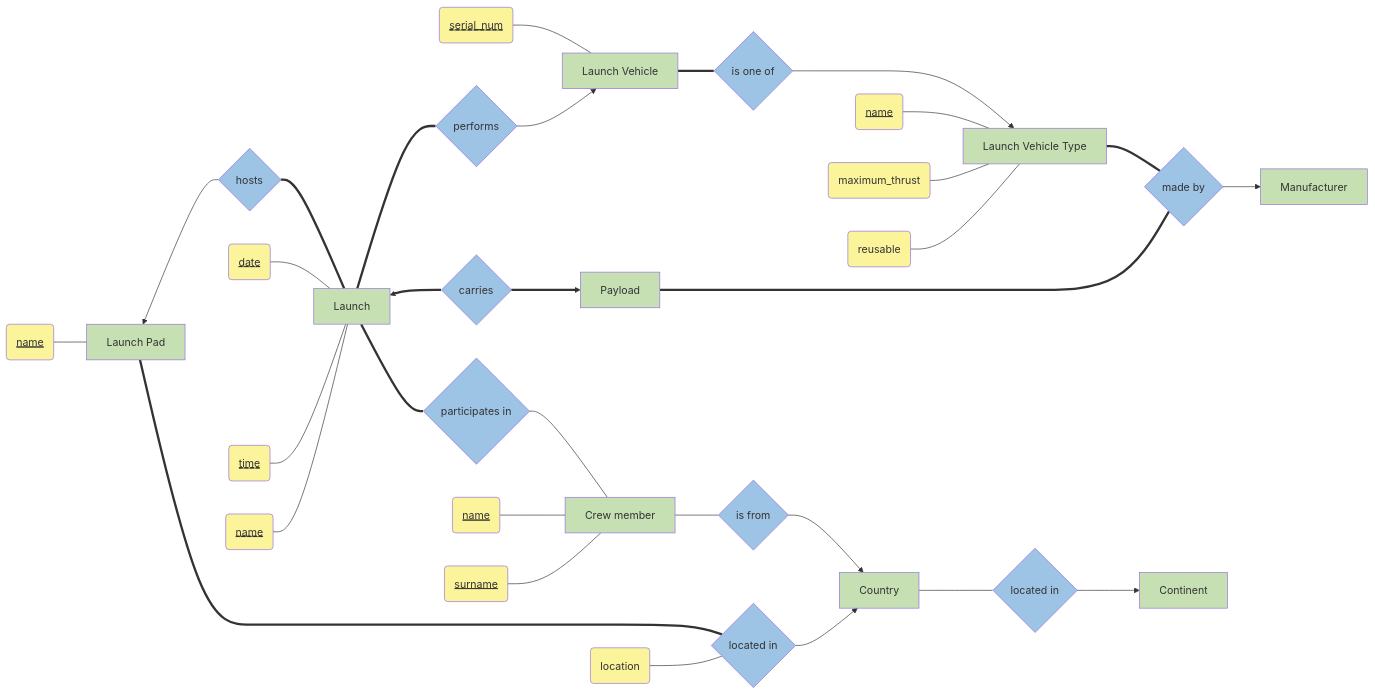
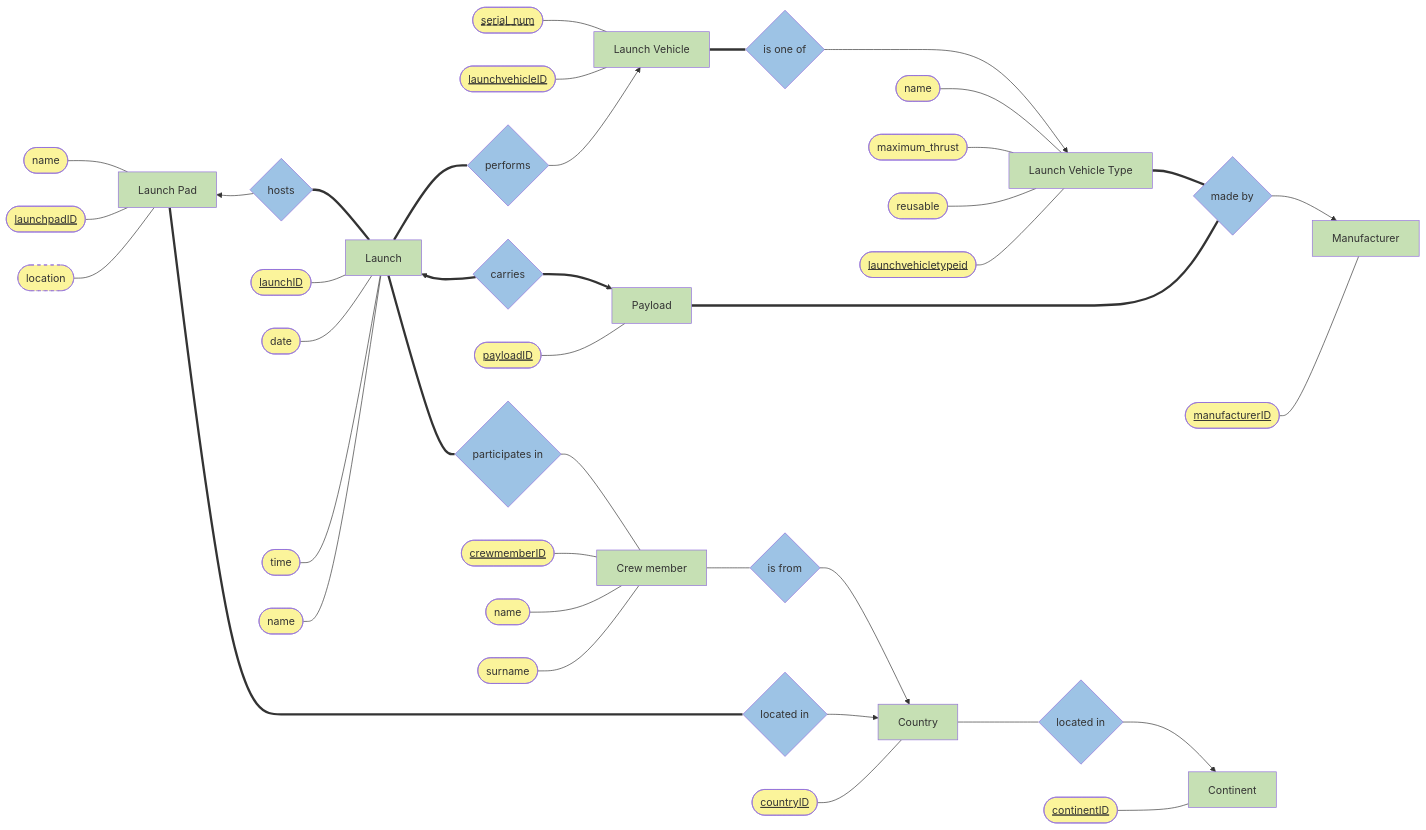
One commit to andrew-chang-dewitt/cs_425-hw_1_4 changed the diagram in src/erd.mmd. Above: the diagram before and after it, drawn with Mermaid. The commit also changed 2 other files, not shown here.

Commit message:
Updated ERD, add relational schema

```diff
--- a/src/erd.mmd
+++ b/src/erd.mmd
@@ -1,95 +1,101 @@
 graph LR
     %% ===
     %% LAUNCHPAD
     %% ---
     %% Rule: A launchpad hosts multiple launches over time, and each launch is hosted by exactly one launchpad. Therefore, Launchpads will be created in the database even before the first launch is hosted there.
     LP[Launch Pad]:::entity ~~~ H{hosts}:::weakRelation --> LP
     H ~~~ LP
     %% Rule: A launchpad is located in a country, and a country, in turn, is located on a continent.
     LP === Lli{located in}:::relation
-    lpl(location):::attr --- Lli
     %% Rule: Each launchpad has a name and a location.
-    lpn(name):::pk --- LP
-
+    lpn([name]):::attr --- LP
+    lpid([launchpadID]):::pk --- LP
+    lplo([location]):::attr --- LP
+    style lplo stroke-dasharray: 5 5
     %% ===
     %% LAUNCH
     %% ---
     %% Rule: A launch requires a launchpad that hosts it, a launch vehicle (the rocket), and the payload.
     H === L[Launch]:::weakEntity
     L === Pa
     %% Rule: Each launch is performed by a launch vehicle. The serial number for the launch vehicle should be recorded. A launch vehicle can perform multiple launches over time.
     L === Pl{performs}:::relation
     %% Rule: For a launch, the date, time and name should be recorded as well as whether it is a crewed launch or not.
     L ~~~ Cp{carries}:::relation ==> L
     Cp ~~~ L
-    ld(date):::disc --- L
-    lt(time):::disc --- L
-    ln(name):::disc --- L
+    lid([launchID]):::pk --- L
+    ld([date]):::attr --- L
+    lt([time]):::attr --- L
+    ln([name]):::attr --- L
 
     %% ===
     %% LAUNCH VEHICLE
     %% ---
-    lvsn(serial_num):::disc --- LV
+    lvsn([serial_num]):::disc --- LV
+    lvid([launchvehicleID]):::pk --- LV
     Pl --> LV[Launch Vehicle]:::weakEntity
     LV === Isa{is one of}:::weakRelation
 
     %% ===
     %% LAUNCH VEHICLE TYPE
     %% ---
     %% Rule: A specific manufacturer makes each launch vehicle type, and a manufacturer can make many different launch vehicle types.
     LVT[Launch Vehicle Type]:::entity === Mb{made by}:::relation
     %% Rule: Each launch vehicle is of a specific launch vehicle type. The name, maximum thrust and whether it is reusable need to be recorded for the launch vehicle type.
     Isa ---> LVT
-    lvtn(name):::pk --- LVT
-    lvtt(maximum_thrust):::attr --- LVT
-    lvtr(reusable):::attr --- LVT
-
+    lvtn([name]):::attr --- LVT
+    lvtt([maximum_thrust]):::attr --- LVT
+    lvtr([reusable]):::attr --- LVT
+    lvtid([launchvehicletypeid]):::pk --- LVT
     %% ===
     %% PAYLOAD
     %% ---
     %% Rule: Each launch carries one payload, and a payload is only carried by one launch.
     %% Rule: A manufacturer also makes each payload, and a manufacturer can make many different payloads over time.
     Cp ==> P[Payload]:::entity
     P === Mb
+    plid([payloadID]):::pk --- P
 
     %% ===
     %% Manufacturer
     %% ---
     %% Rule: A manufacturer also makes each payload, and a manufacturer can make many different payloads over time.
     %% Rule: A specific manufacturer makes each launch vehicle type, and a manufacturer can make many different launch vehicle types.
     Mb --> M[Manufacturer]:::entity
-
+    mid([manufacturerID]):::pk --- M
     %% ===
     %% CREW
     %% ---
     %% Rule: Multiple crew members can be carried on a crewed launch, and each crew member can be carried on multiple launches over time.
     %% Rule: Each crew member has a nationality (the country they come from), and their name and surname also need to be recorded.
     %% Rule: Crew members can appear in the database before they launch for the first time
     Pa{participates in}:::relation --- C[Crew member]:::entity
     C --- If{is from}:::relation
-    cn(name):::pk --- C
-    cs(surname):::pk --- C
+    cid([crewmemberID]):::pk --- C
+    cn([name]):::attr --- C
+    cs([surname]):::attr --- C
 
     %% ===
     %% COUNTRY
     %% ---
     %% Rule: Each crew member has a nationality (the country they come from), and their name and surname also need to be recorded.
     If --> Cu
     %% Rule: A launchpad is located in a country, and a country, in turn, is located on a continent.
     Lli --> Cu
     Cu[Country]:::entity --- Li{located in}:::relation
     Li --> Co[Continent]:::entity
-
+    cuid([countryID]):::pk --- Cu
+    coid([continentID]):::pk --- Co
     %% ===
     %% STYLES
     %% ---
     classDef entity,weakEntity fill:#c6e0b4;
     classDef relation,weakRelation fill:#9dc3e5;
     classDef attr,subAttr,derAttr,pk,disc fill:#fbf49b;
     classDef subAttr,derAttr stroke:red;
     classDef derAttr stroke-dasharray: 10 5;
     classDef pk text-decoration: underline;
     classDef disc text-decoration: underline dashed;
     %% optional attr links
     %% FIXME: change numbers to correct links below & uncomment
     %% linkStyle 1,4,26,39,45,51,65 stroke:red, stroke-dasharray: 10 5;
```
